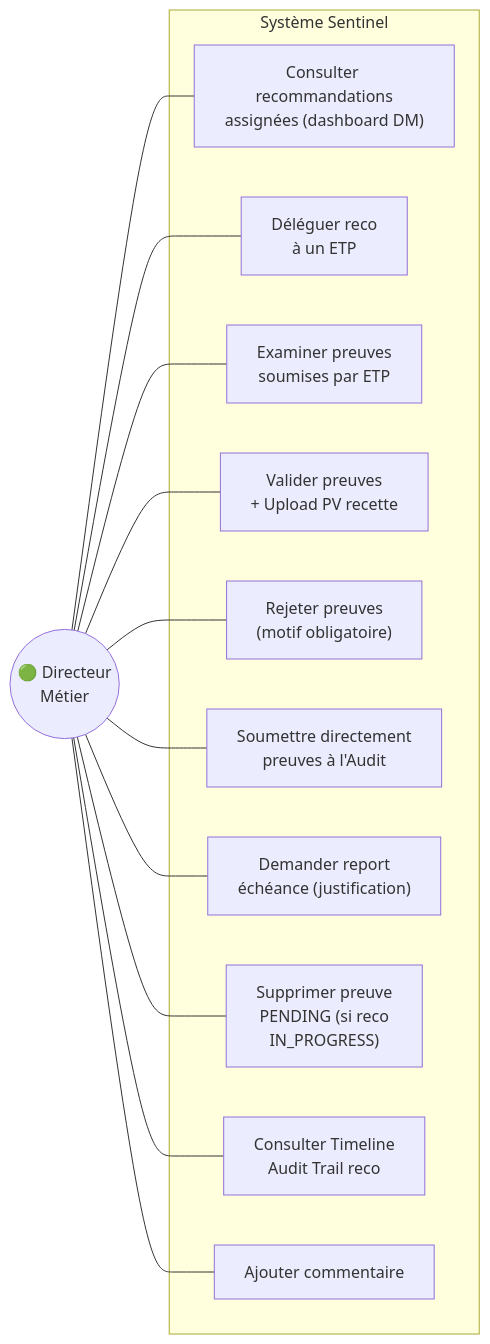
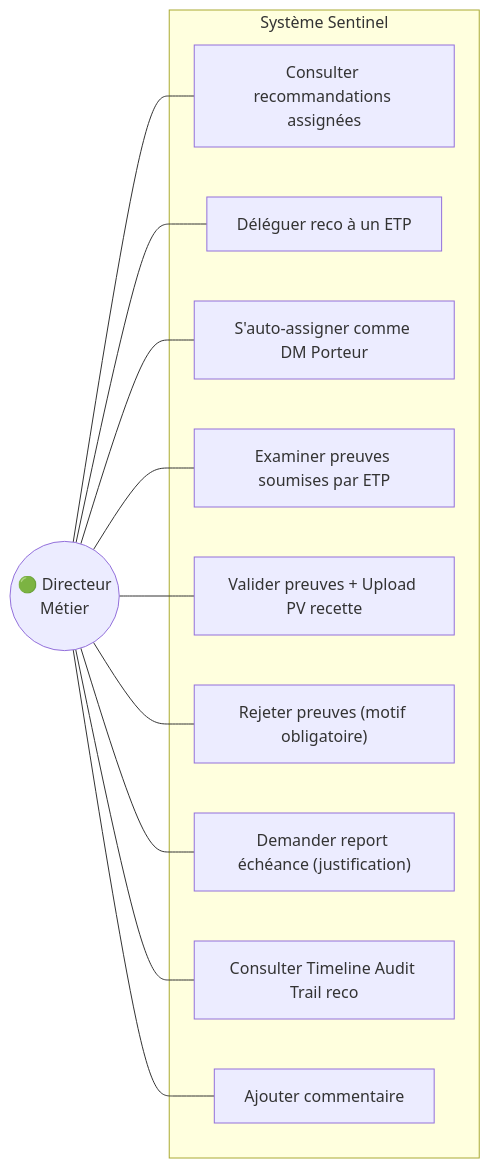
One commit to Tchendjou2003/bicec--Sentinel changed diagram 15 of 26 in _bmad-output/planning-artifacts/system-diagrams.md. Above: the diagram before and after it, drawn with Mermaid. The commit also changed other lines of this file, not shown here.

Commit message:
docs(bmad): mise à jour system-diagrams.md v2.0

````diff
--- a/_bmad-output/planning-artifacts/system-diagrams.md
+++ b/_bmad-output/planning-artifacts/system-diagrams.md
@@ -1075,28 +1136,26 @@
 ```mermaid
 flowchart LR
-    subgraph "Système Sentinel"
-        UC1["Consulter recommandations\nassignées (dashboard DM)"]
-        UC2["Déléguer reco\nà un ETP"]
-        UC3["Examiner preuves\nsoumises par ETP"]
-        UC4["Valider preuves\n+ Upload PV recette"]
-        UC5["Rejeter preuves\n(motif obligatoire)"]
-        UC6["Soumettre directement\npreuves à l'Audit"]
-        UC7["Demander report\néchéance (justification)"]
-        UC8["Supprimer preuve\nPENDING (si reco\nIN_PROGRESS)"]
-        UC9["Consulter Timeline\nAudit Trail reco"]
-        UC10["Ajouter commentaire"]
-    end
+  subgraph "Système Sentinel"
+    UC1["Consulter recommandations assignées"]
+    UC2["Déléguer reco à un ETP"]
+    UC3["S'auto-assigner comme DM Porteur"]
+    UC4["Examiner preuves soumises par ETP"]
+    UC5["Valider preuves + Upload PV recette"]
+    UC6["Rejeter preuves (motif obligatoire)"]
+    UC7["Demander report échéance (justification)"]
+    UC8["Consulter Timeline Audit Trail reco"]
+    UC9["Ajouter commentaire"]
+  end
 
-    DM(("🟢 Directeur\nMétier"))
+  DM(("🟢 Directeur\nMétier"))
 
-    DM --- UC1
-    DM --- UC2
-    DM --- UC3
-    DM --- UC4
-    DM --- UC5
-    DM --- UC6
-    DM --- UC7
-    DM --- UC8
-    DM --- UC9
-    DM --- UC10
+  DM --- UC1
+  DM --- UC2
+  DM --- UC3
+  DM --- UC4
+  DM --- UC5
+  DM --- UC6
+  DM --- UC7
+  DM --- UC8
+  DM --- UC9
 ```
````
